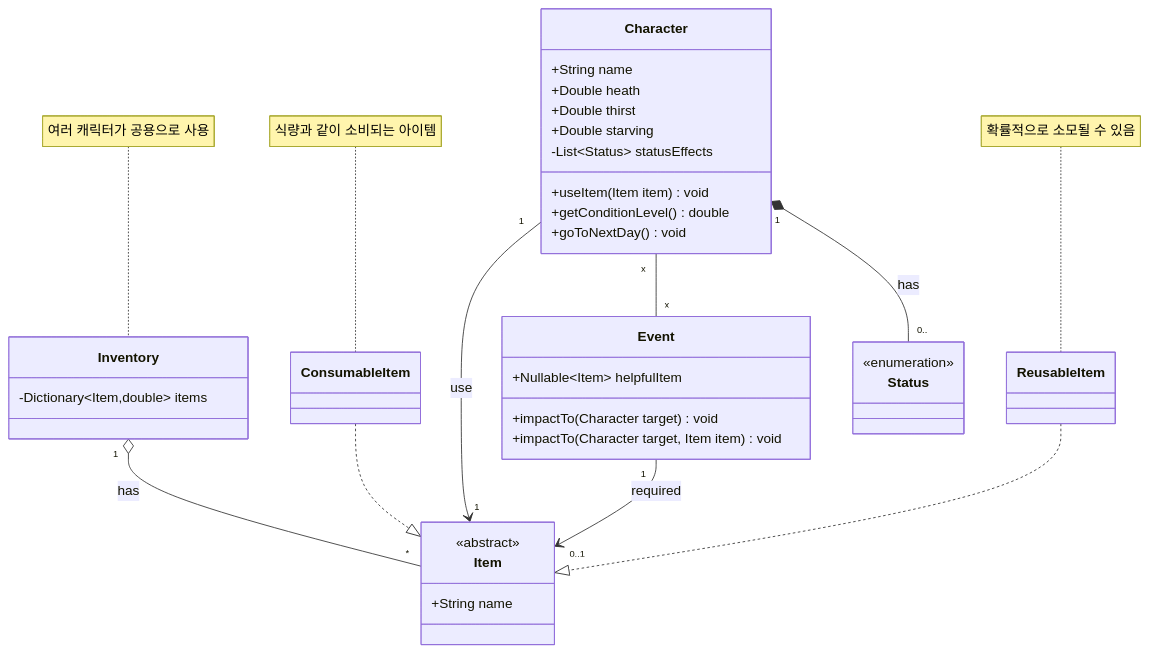
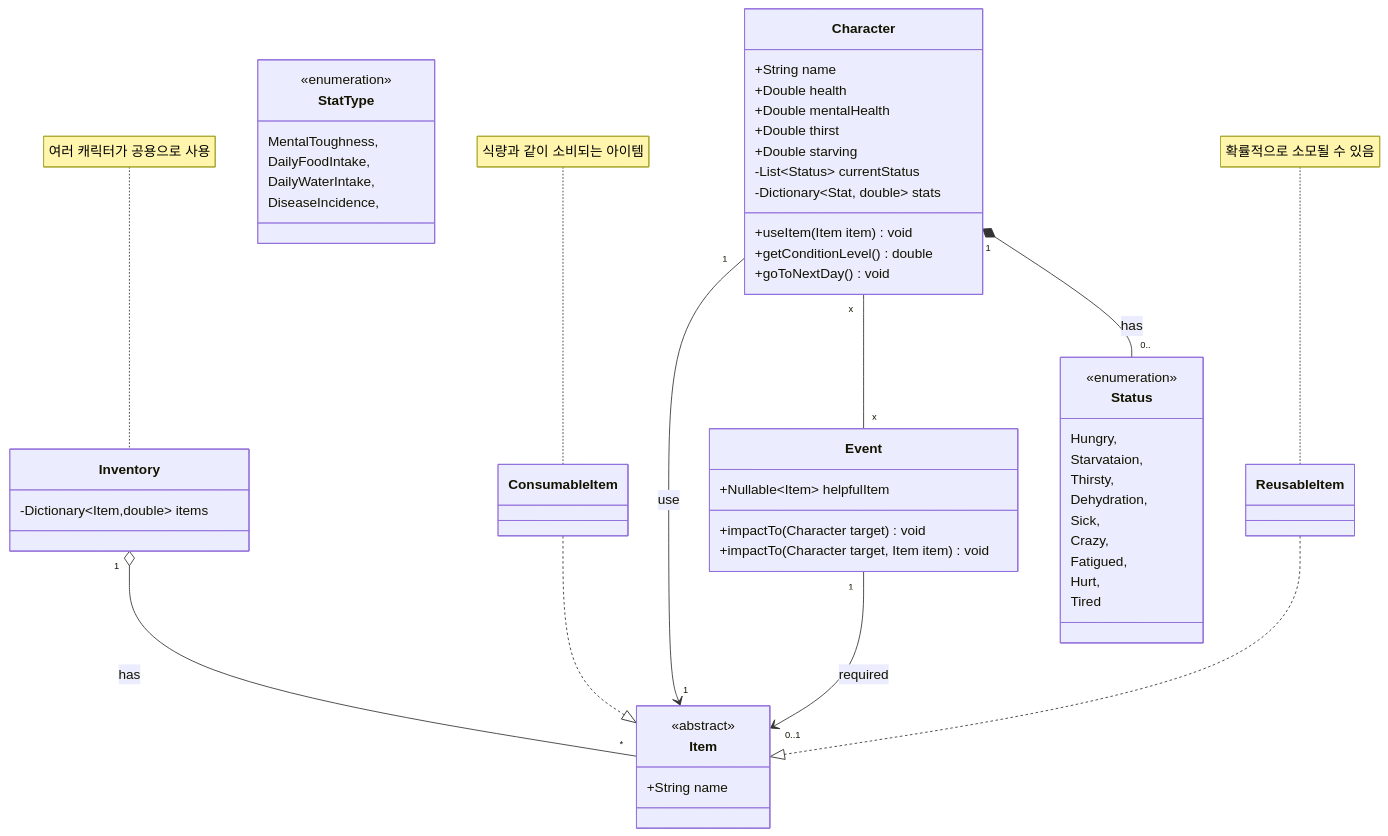
The first of 2 diagrams in README.md (bartshin/KGA_OOPConsoleProject), drawn with Mermaid before and after one commit. The commit also changed 12 other files, not shown here.

````diff
--- a/README.md
+++ b/README.md
@@ -50,50 +50,69 @@
 ```mermaid
 classDiagram
 	Character "1" --> "1" Item: use
 	Character "x" -- "x" Event
 	Inventory "1" o-- "*" Item: has
 	ConsumableItem ..|> Item
 	ReusableItem ..|> Item
 	Event "1" --> "0..1" Item: required
 	Character "1" *-- "0.." Status: has
 	class Character {
 		+String name	 
-		+Double heath
+		+Double health
+		+Double mentalHealth
 		+Double thirst
 		+Double starving
-		-List~Status~ statusEffects
+		-List~Status~ currentStatus
+		-Dictionary~Stat, double~ stats
 		
 		+useItem(Item item) void
 		+getConditionLevel() double
 		+goToNextDay() void
 	}
 
 	class Status {
 		<<enumeration>>
+		Hungry,
+		Starvataion,
+		Thirsty,
+		Dehydration,
+		Sick,
+		Crazy,
+		Fatigued,
+		Hurt,
+		Tired	
+	}
+
+	class StatType {
+		<<enumeration>>
+		MentalToughness,
+		DailyFoodIntake,
+		DailyWaterIntake,
+		DiseaseIncidence,
 	}
 
 	class Item {
 		<<abstract>>
 		+String name	
 	}
 
 	note for ConsumableItem "식량과 같이 소비되는 아이템"
 	class ConsumableItem {
 		
 	}
 
 	note for ReusableItem "확률적으로 소모될 수 있음"
 	class ReusableItem {
 	}
 
 	note for Inventory "여러 캐릭터가 공용으로 사용"
 	class Inventory {
 		-Dictionary~Item,double~ items
 	}
 
 	class Event {
 		+Nullable~Item~ helpfulItem
 		+impactTo(Character target)	void
 		+impactTo(Character target, Item item) void
 	}
 ```
````
